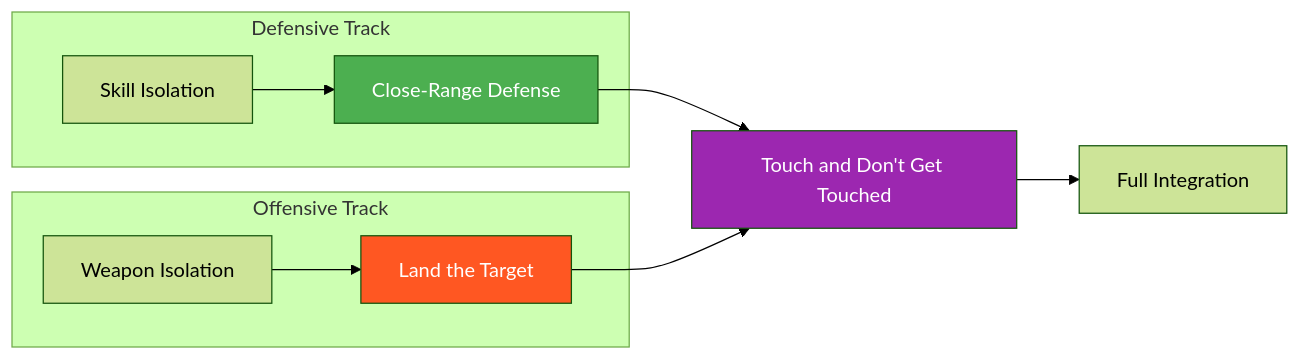
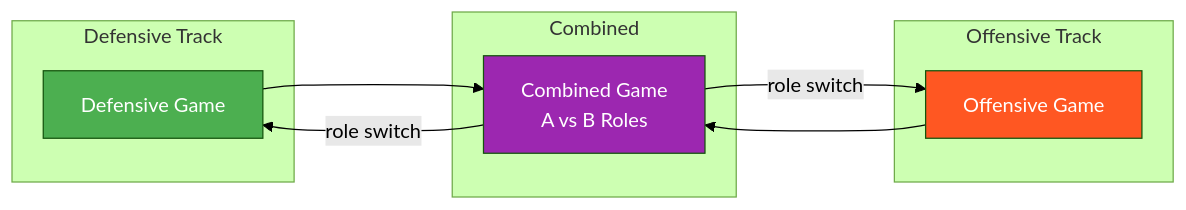
The second of 7 diagrams in docs/system/map.md (ACalienes/Ecological-MMA-Game-System), drawn with Mermaid (forest theme) before and after one commit. The commit also changed other lines of this file and 18 other files, not shown here.

````diff
--- a/docs/system/map.md
+++ b/docs/system/map.md
@@ -183,18 +241,23 @@
 ```mermaid
 flowchart LR
-    subgraph Defensive["Defensive Track"]
-        A[Skill Isolation] --> B[Close-Range Defense]
+    subgraph DEF["Defensive Track"]
+        D1[Defensive Game]
     end
 
-    subgraph Offensive["Offensive Track"]
-        C[Weapon Isolation] --> D[Land the Target]
+    subgraph COM["Combined"]
+        C1[Combined Game<br/>A vs B Roles]
     end
 
-    B --> E[Touch and Don't Get Touched]
-    D --> E
-    E --> F[Full Integration]
+    subgraph OFF["Offensive Track"]
+        O1[Offensive Game]
+    end
 
-    style B fill:#4CAF50,color:#fff
-    style D fill:#FF5722,color:#fff
-    style E fill:#9C27B0,color:#fff
+    D1 --> C1
+    O1 --> C1
+    C1 -->|role switch| D1
+    C1 -->|role switch| O1
+
+    style D1 fill:#4CAF50,color:#fff
+    style O1 fill:#FF5722,color:#fff
+    style C1 fill:#9C27B0,color:#fff
 ```
````
